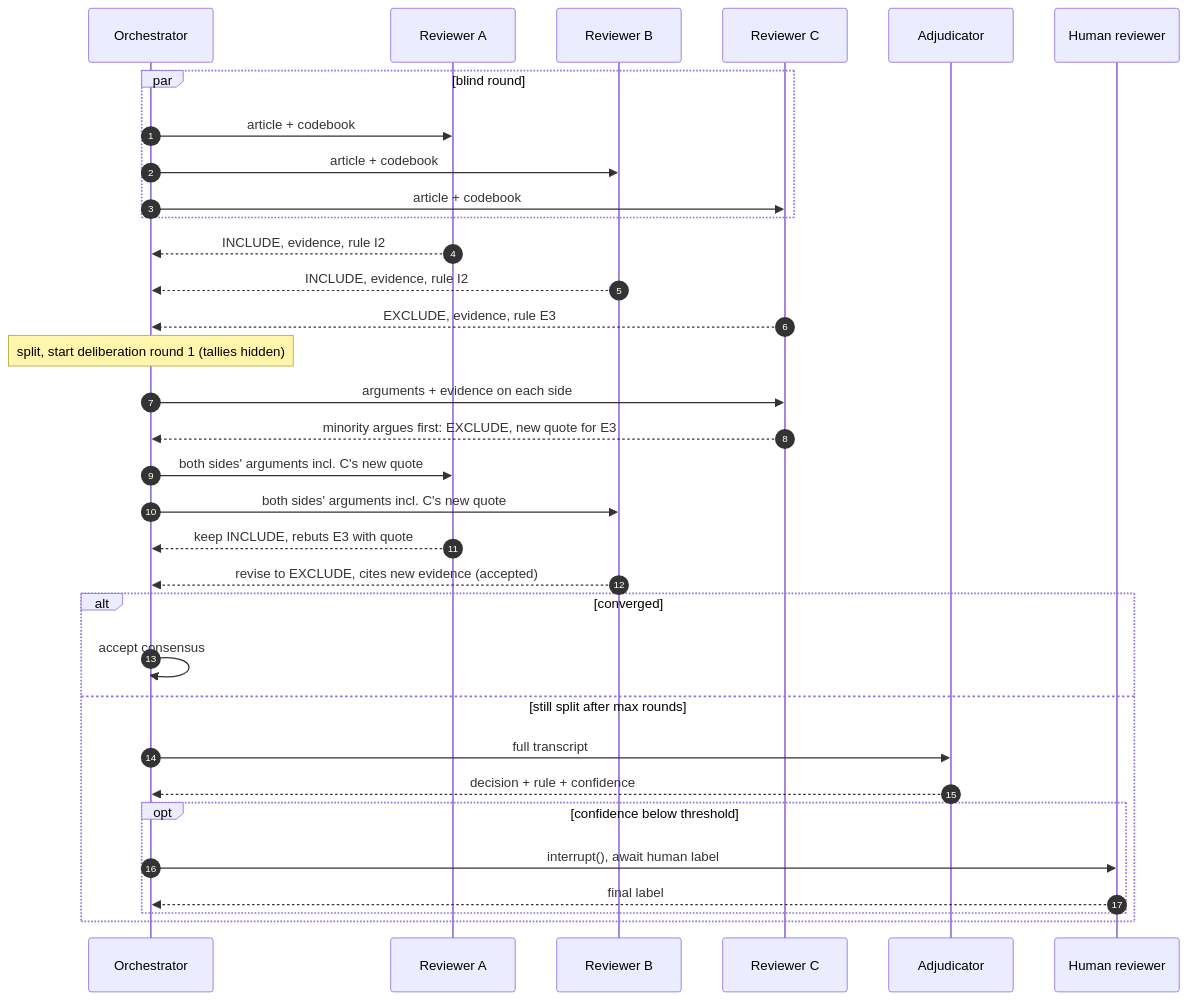
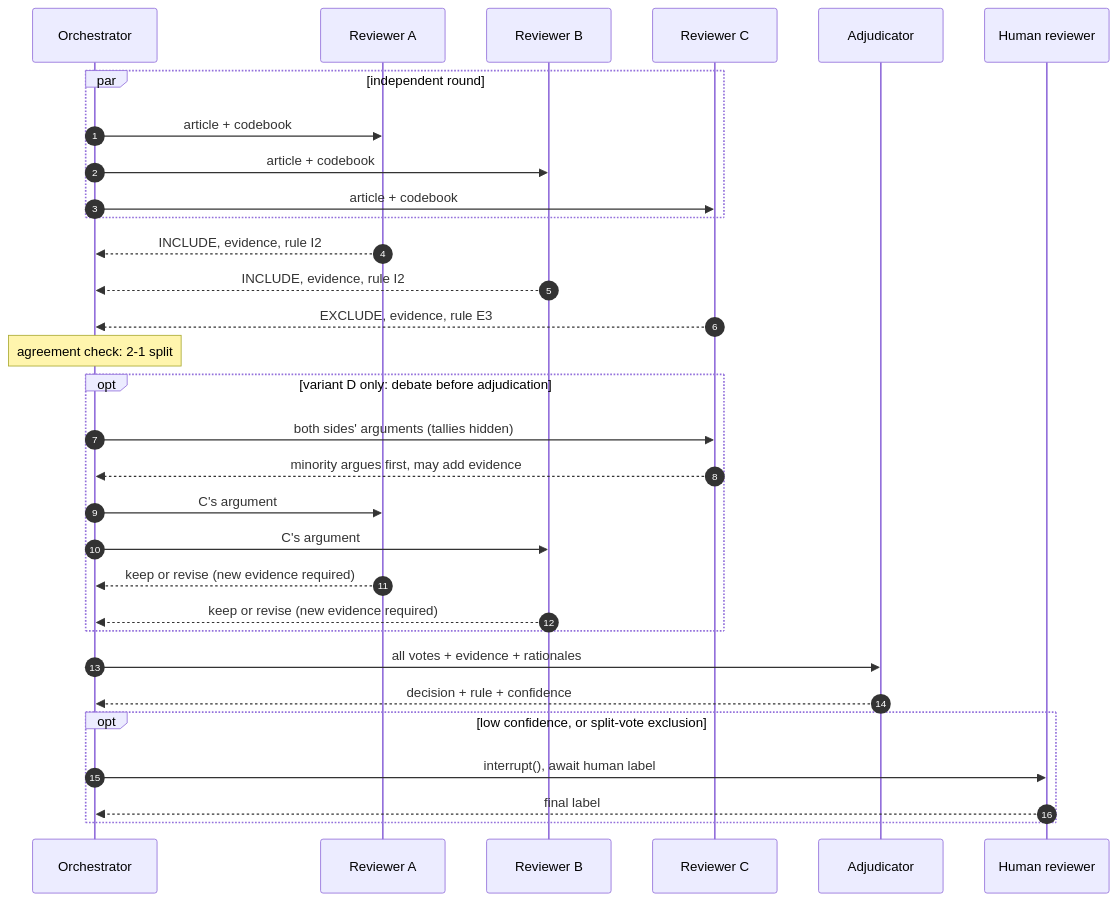
Before and after one commit to iUtsa/adrd-multiagent-review: the third of 4 diagrams in docs/ARCHITECTURE.md, drawn with Mermaid. The commit also changed other lines of this file and 6 other files, not shown here.

````diff
--- a/docs/ARCHITECTURE.md
+++ b/docs/ARCHITECTURE.md
@@ -135,36 +134,34 @@
 ```mermaid
 sequenceDiagram
     autonumber
     participant O as Orchestrator
     participant A as Reviewer A
     participant B as Reviewer B
     participant C as Reviewer C
     participant J as Adjudicator
     participant H as Human reviewer
 
-    par blind round
+    par independent round
         O->>A: article + codebook
         O->>B: article + codebook
         O->>C: article + codebook
     end
     A-->>O: INCLUDE, evidence, rule I2
     B-->>O: INCLUDE, evidence, rule I2
     C-->>O: EXCLUDE, evidence, rule E3
-    Note over O: split, start deliberation round 1 (tallies hidden)
-    O->>C: arguments + evidence on each side
-    C-->>O: minority argues first: EXCLUDE, new quote for E3
-    O->>A: both sides' arguments incl. C's new quote
-    O->>B: both sides' arguments incl. C's new quote
-    A-->>O: keep INCLUDE, rebuts E3 with quote
-    B-->>O: revise to EXCLUDE, cites new evidence (accepted)
-    alt converged
-        O->>O: accept consensus
-    else still split after max rounds
-        O->>J: full transcript
-        J-->>O: decision + rule + confidence
-        opt confidence below threshold
-            O->>H: interrupt(), await human label
-            H-->>O: final label
-        end
+    Note over O: agreement check: 2-1 split
+    opt variant D only: debate before adjudication
+        O->>C: both sides' arguments (tallies hidden)
+        C-->>O: minority argues first, may add evidence
+        O->>A: C's argument
+        O->>B: C's argument
+        A-->>O: keep or revise (new evidence required)
+        B-->>O: keep or revise (new evidence required)
+    end
+    O->>J: all votes + evidence + rationales
+    J-->>O: decision + rule + confidence
+    opt low confidence, or split-vote exclusion
+        O->>H: interrupt(), await human label
+        H-->>O: final label
     end
 ```
````
